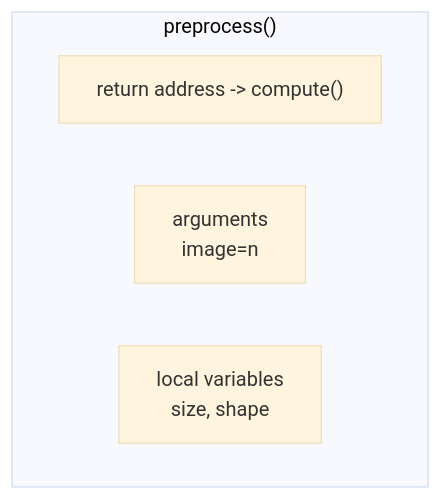
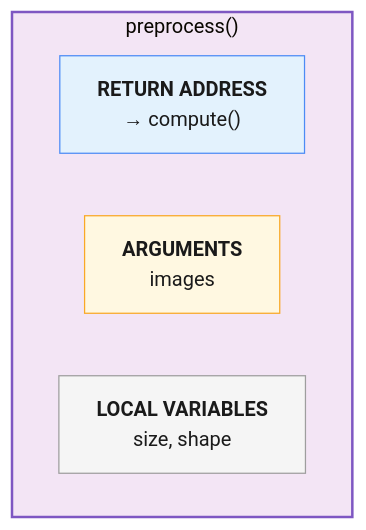
One commit to timothyalder/tplat changed the third of 4 diagrams in projects/cs/index.md. Above: the diagram before and after it, drawn with Mermaid (base theme). The commit also changed other lines of this file, not shown here.

````diff
--- a/projects/cs/index.md
+++ b/projects/cs/index.md
@@ -34,9 +50,14 @@
 ```mermaid
 flowchart TB
     subgraph preprocess["`preprocess()`"]
-        return["return address -> compute()"]
-        arguments["arguments<br>image=n"]
-        variables["local variables<br>size, shape"]
+        return["`**RETURN ADDRESS**<br>→ compute()`"]:::compute
+        arguments["`**ARGUMENTS**<br>images`"]:::data
+        variables["`**LOCAL VARIABLES**<br>size, shape`"]:::local
     end
 
+    classDef frame fill:#f3e5f5,stroke:#7e57c2,stroke-width:2px
+    classDef compute fill:#e3f2fd,stroke:#4c8bf5,color:#1a1a1a
+    classDef data fill:#fff8e1,stroke:#f9a825,color:#1a1a1a
+    classDef local fill:#f5f5f5,stroke:#9e9e9e,color:#1a1a1a
+    class preprocess frame
 ```
````
